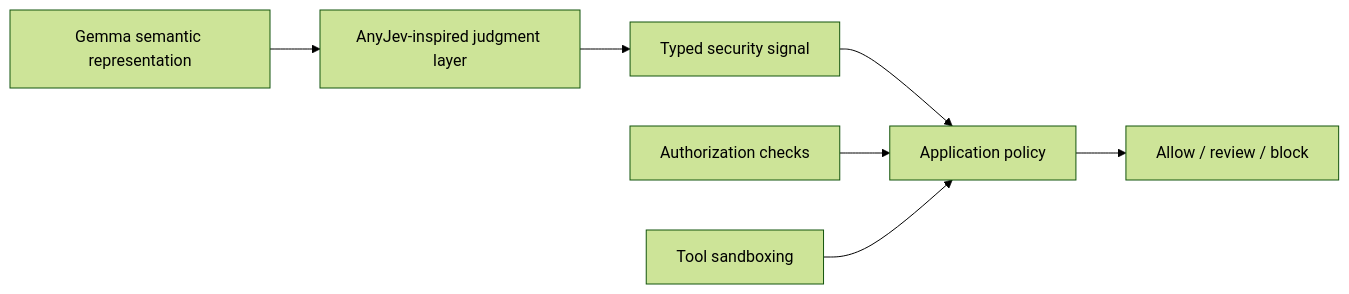
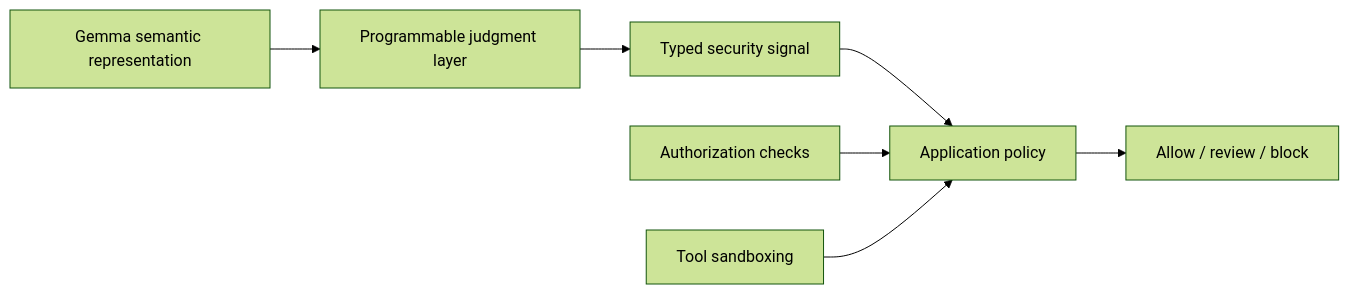
The fourth of 4 diagrams in APPROACH.md (shabul/prompt-guard-bench), drawn with Mermaid (forest theme) before and after one commit. The commit also changed other lines of this file and 1 other file, not shown here.

Commit message:
docs: remove AnyJev references

````diff
--- a/APPROACH.md
+++ b/APPROACH.md
@@ -153,10 +153,10 @@
 ```mermaid
 flowchart LR
-    A[Gemma semantic representation] --> B[AnyJev-inspired judgment layer]
+    A[Gemma semantic representation] --> B[Programmable judgment layer]
     B --> C[Typed security signal]
     C --> D[Application policy]
     D --> E[Allow / review / block]
 
     F[Authorization checks] --> D
     G[Tool sandboxing] --> D
 ```
````
